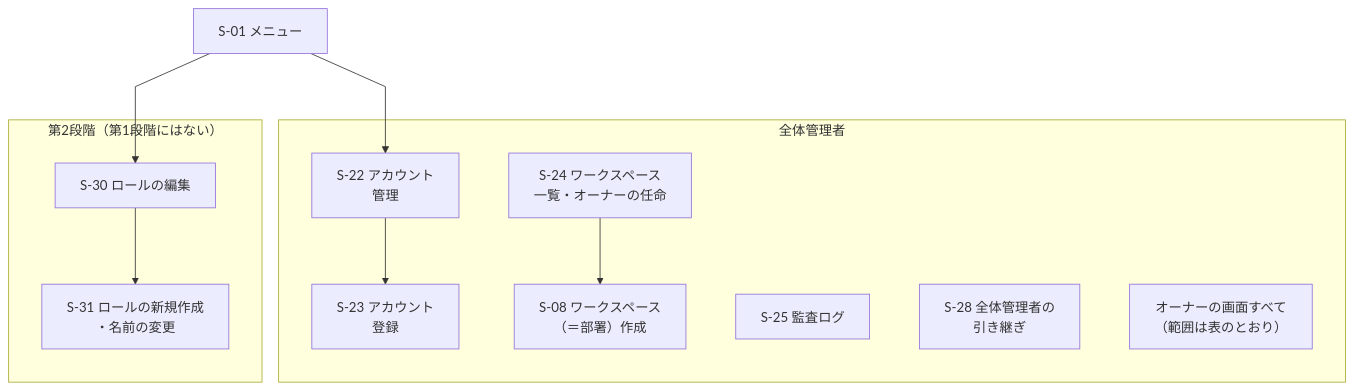
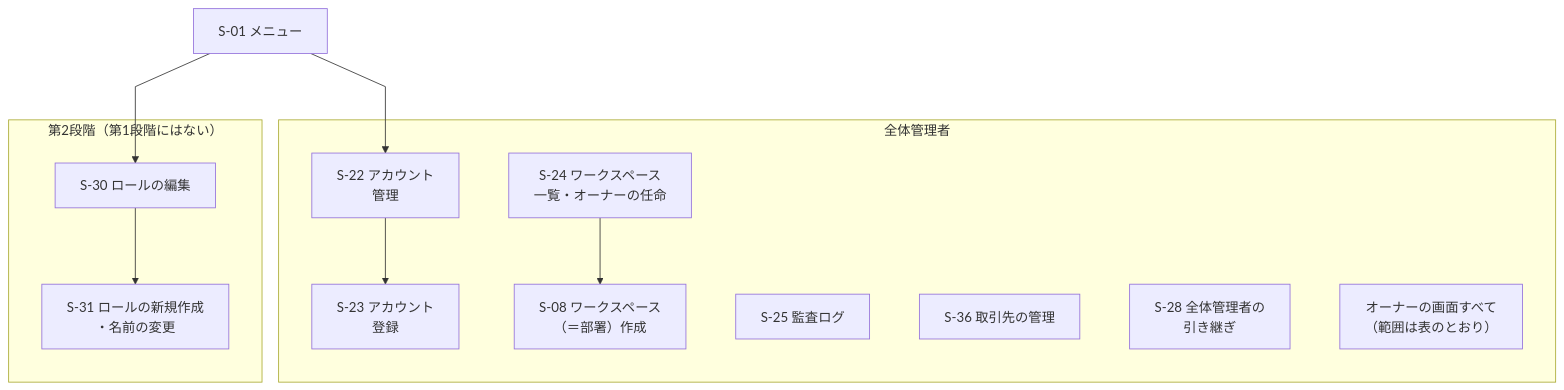
One commit to yamamotonaoki3/internal-system changed the ninth of 13 diagrams in docs/requirements/screens.md. Above: the diagram before and after it, drawn with Mermaid. The commit also changed other lines of this file and 20 other files, not shown here.

````diff
--- a/docs/requirements/screens.md
+++ b/docs/requirements/screens.md
@@ -296,23 +304,24 @@
 ```mermaid
 %%{init: {"flowchart": {"nodeSpacing": 60, "rankSpacing": 80, "curve": "linear", "htmlLabels": true}}}%%
 flowchart TD
     Menu["S-01 メニュー"] --> S22
     Menu --> S30
 
     subgraph TOP["全体管理者"]
         S22["S-22 アカウント<br/>管理"]
         S23["S-23 アカウント<br/>登録"]
         S24["S-24 ワークスペース<br/>一覧・オーナーの任命"]
         S22 --> S23
         S24 --> S08["S-08 ワークスペース<br/>（＝部署）作成"]
         S25["S-25 監査ログ"]
+        S36["S-36 取引先の管理"]
         S28["S-28 全体管理者の<br/>引き継ぎ"]
         A0["オーナーの画面すべて<br/>（範囲は表のとおり）"]
     end
 
     subgraph PH2["第2段階（第1段階にはない）"]
         S30["S-30 ロールの編集"]
         S31["S-31 ロールの新規作成<br/>・名前の変更"]
         S30 --> S31
     end
 ```
````
